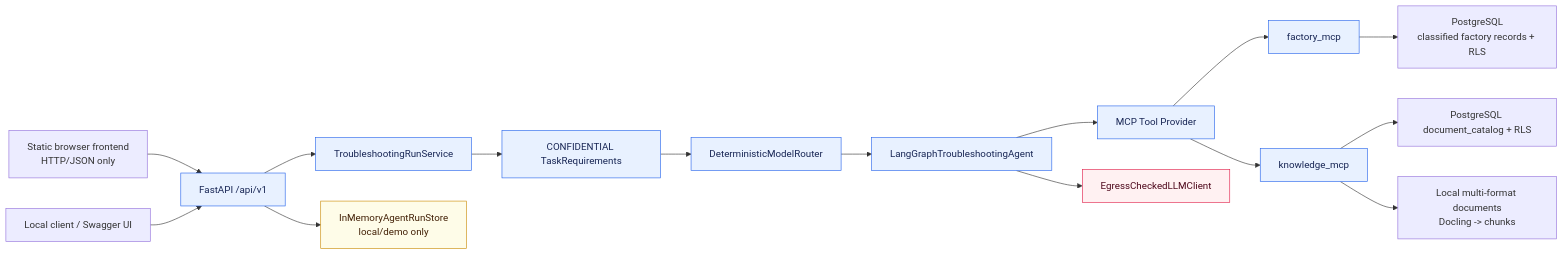
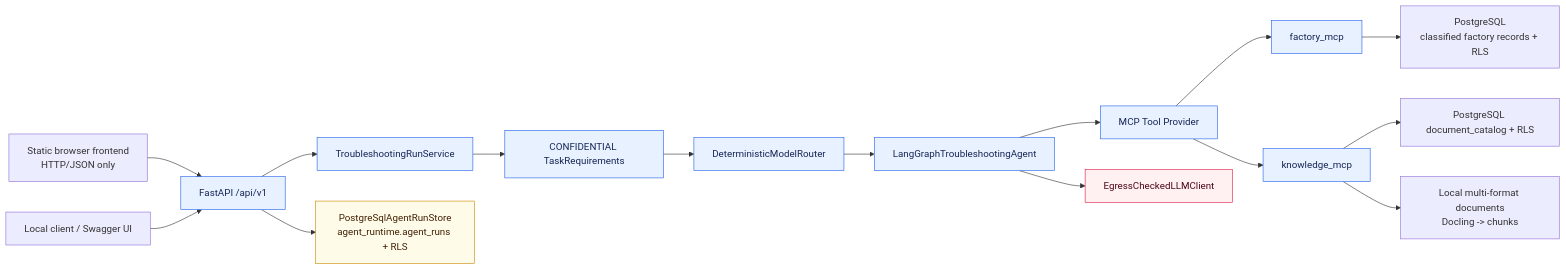
The first of 12 diagrams in docs/architecture/overview.md (aboerzel/industrial-ai-agent), drawn with Mermaid before and after one commit. The commit also changed other lines of this file and 19 other files, not shown here.

Commit message:
feat: add persistent agent runtime and LangGraph checkpoints

````diff
--- a/docs/architecture/overview.md
+++ b/docs/architecture/overview.md
@@ -59,24 +59,24 @@
 ```mermaid
 flowchart LR
     Browser["Static browser frontend\nHTTP/JSON only"] --> API["FastAPI /api/v1"]
     Client["Local client / Swagger UI"] --> API
     API --> Service["TroubleshootingRunService"]
-    API --> Store["InMemoryAgentRunStore\nlocal/demo only"]
+    API --> Store["PostgreSqlAgentRunStore\nagent_runtime.agent_runs + RLS"]
     Service --> Requirements["CONFIDENTIAL TaskRequirements"]
     Requirements --> Router["DeterministicModelRouter"]
     Router --> Graph["LangGraphTroubleshootingAgent"]
     Graph --> Provider["MCP Tool Provider"]
     Provider --> Factory["factory_mcp"]
     Provider --> Knowledge["knowledge_mcp"]
     Factory --> PostgreSQL["PostgreSQL\nclassified factory records + RLS"]
     Knowledge --> Catalog["PostgreSQL document_catalog + RLS"]
     Knowledge --> Files["Local multi-format documents\nDocling -> chunks"]
     Graph --> Egress["EgressCheckedLLMClient"]
 
     classDef boundary fill:#e8f1ff,stroke:#2563eb,color:#172554
     classDef state fill:#fefce8,stroke:#ca8a04,color:#422006
     classDef security fill:#fff1f2,stroke:#e11d48,color:#4c0519
     class API,Service,Requirements,Router,Graph,Provider,Factory,Knowledge boundary
     class Store state
     class Egress security
 ```
````
